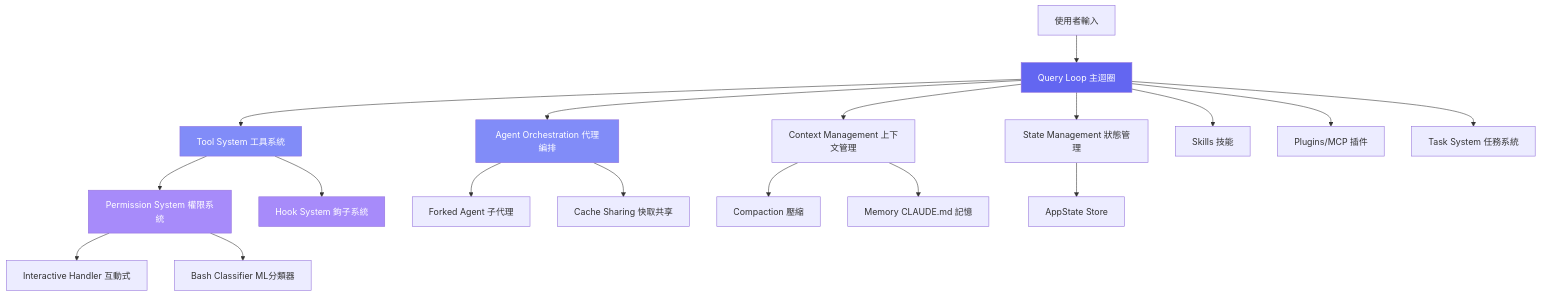
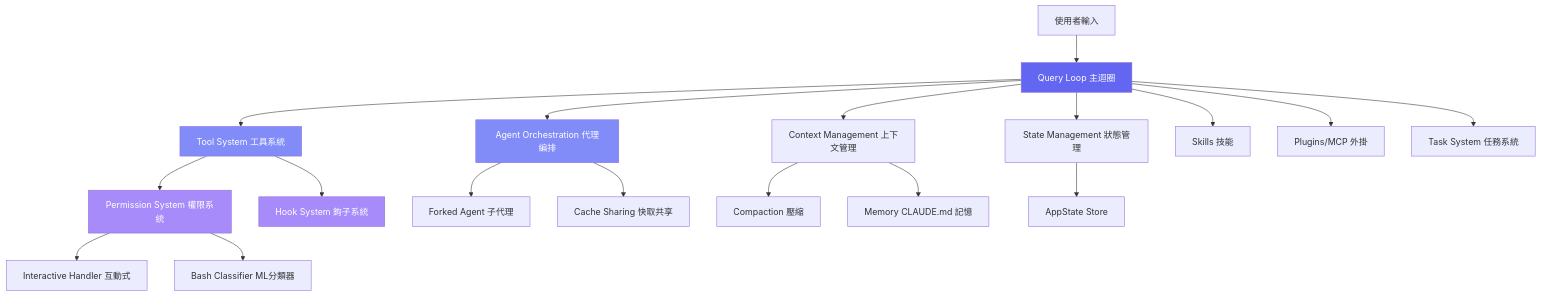
The diagram in src/content/docs/chapters/01-introduction.mdx (Monk6666/claude-code-harness-blog), drawn with Mermaid before and after one commit. The commit also changed other lines of this file and 13 other files, not shown here.

````diff
--- a/src/content/docs/chapters/01-introduction.mdx
+++ b/src/content/docs/chapters/01-introduction.mdx
@@ -68,32 +68,32 @@
 ```mermaid
 graph TB
     User[使用者輸入] --> QL[Query Loop 主迴圈]
     QL --> TS[Tool System 工具系統]
     QL --> AO[Agent Orchestration 代理編排]
 
     TS --> PS[Permission System 權限系統]
     TS --> HS[Hook System 鉤子系統]
 
     AO --> FA[Forked Agent 子代理]
     AO --> CS[Cache Sharing 快取共享]
 
     PS --> IH[Interactive Handler 互動式]
     PS --> BC[Bash Classifier ML分類器]
 
     QL --> CM[Context Management 上下文管理]
     CM --> CP[Compaction 壓縮]
     CM --> MM[Memory CLAUDE.md 記憶]
 
     QL --> SM[State Management 狀態管理]
     SM --> AS[AppState Store]
 
     QL --> SK[Skills 技能]
-    QL --> PL[Plugins/MCP 插件]
+    QL --> PL[Plugins/MCP 外掛]
     QL --> TK[Task System 任務系統]
 
     style QL fill:#6366f1,color:#fff
     style TS fill:#818cf8,color:#fff
     style AO fill:#818cf8,color:#fff
     style PS fill:#a78bfa,color:#fff
     style HS fill:#a78bfa,color:#fff
 ```
````
